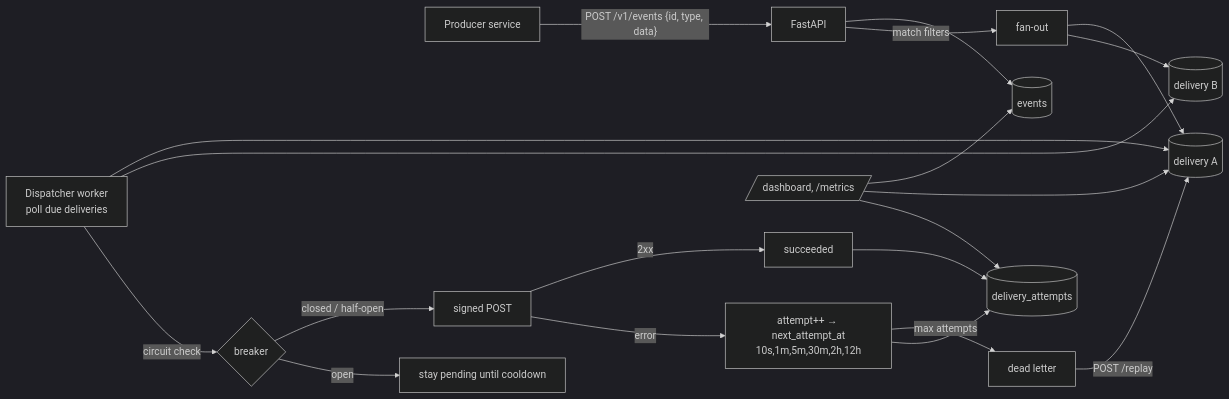
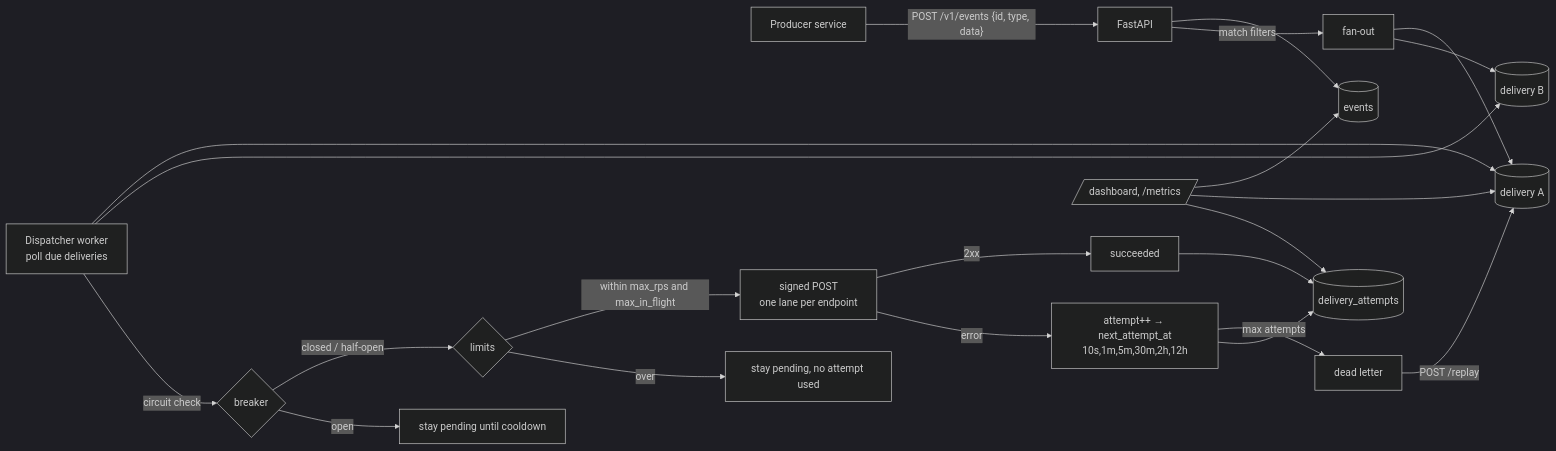
The diagram in README.md (AkibUllah/webhook-relay), drawn with Mermaid (dark theme) before and after one commit. The commit also changed other lines of this file and 1 other file, not shown here.

Commit message:
docs: endpoint limits, lanes, metrics and upgrade steps

````diff
--- a/README.md
+++ b/README.md
@@ -53,18 +55,20 @@
 ```mermaid
 flowchart LR
     P[Producer service] -- "POST /v1/events {id, type, data}" --> API[FastAPI]
     API --> EV[(events)]
     API -- "match filters" --> FAN[fan-out]
     FAN --> D1[(delivery A)]
     FAN --> D2[(delivery B)]
     W[Dispatcher worker<br/>poll due deliveries] --> D1 & D2
     W -- "circuit check" --> CB{breaker}
-    CB -- closed / half-open --> SEND[signed POST]
+    CB -- closed / half-open --> LIM{limits}
     CB -- open --> WAIT[stay pending until cooldown]
+    LIM -- within max_rps and max_in_flight --> SEND[signed POST<br/>one lane per endpoint]
+    LIM -- over --> HOLD[stay pending, no attempt used]
     SEND -- 2xx --> OK[succeeded]
     SEND -- error --> RETRY[attempt++ → next_attempt_at<br/>10s,1m,5m,30m,2h,12h]
     RETRY -- max attempts --> DLQ[dead letter]
     DLQ -- "POST /replay" --> D1
     OK & RETRY --> ATT[(delivery_attempts)]
     DASH[/dashboard, /metrics/] --> EV & D1 & ATT
 ```
````
